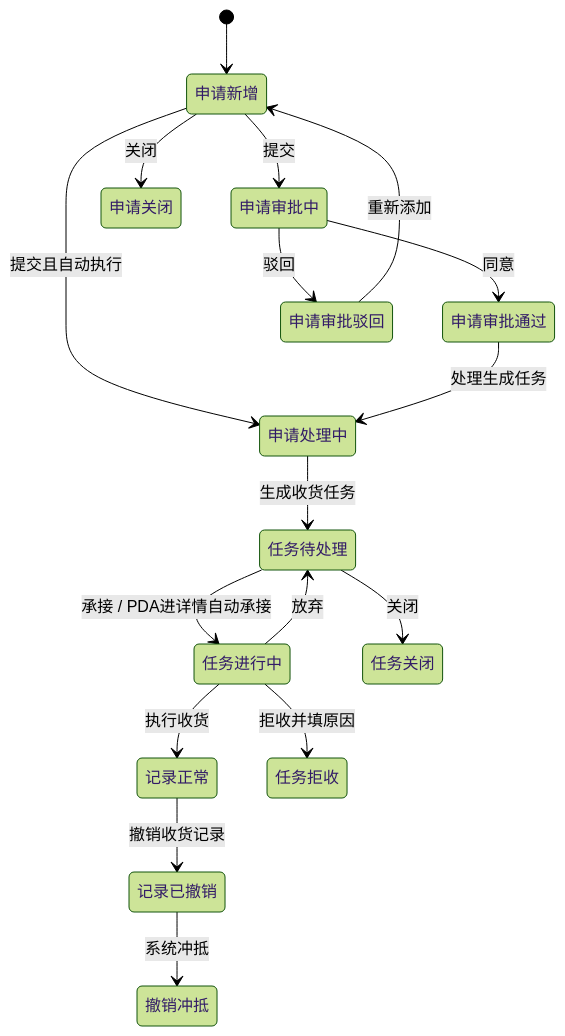
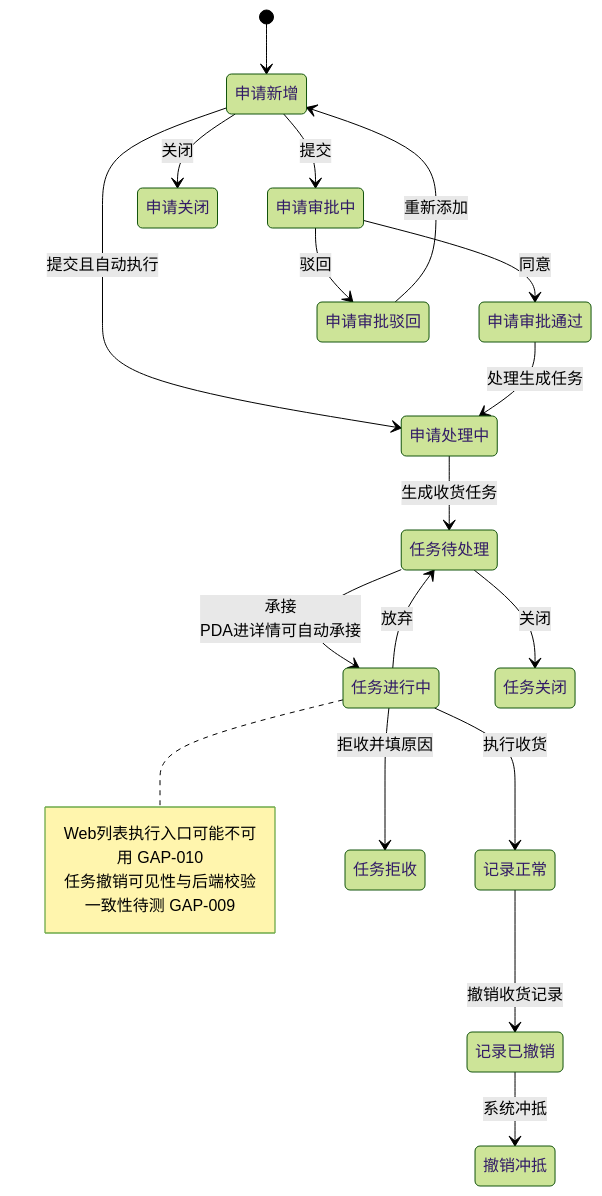
One commit to jiargcn/MomProductDocument changed the second of 4 diagrams in docs/05-WMS-库房管理/03-采购收货/index.md. Above: the diagram before and after it, drawn with Mermaid (forest theme). The commit also changed other lines of this file and 239 other files, not shown here.

````diff
--- a/docs/05-WMS-库房管理/03-采购收货/index.md
+++ b/docs/05-WMS-库房管理/03-采购收货/index.md
@@ -97,19 +119,24 @@
 ```mermaid
 stateDiagram-v2
     [*] --> 申请新增
     申请新增 --> 申请审批中: 提交
     申请新增 --> 申请处理中: 提交且自动执行
     申请审批中 --> 申请审批通过: 同意
     申请审批中 --> 申请审批驳回: 驳回
     申请审批通过 --> 申请处理中: 处理生成任务
     申请处理中 --> 任务待处理: 生成收货任务
-    任务待处理 --> 任务进行中: 承接 / PDA进详情自动承接
+    任务待处理 --> 任务进行中: 承接<br/>PDA进详情可自动承接
     任务进行中 --> 任务待处理: 放弃
     任务进行中 --> 记录正常: 执行收货
     任务进行中 --> 任务拒收: 拒收并填原因
     任务待处理 --> 任务关闭: 关闭
     记录正常 --> 记录已撤销: 撤销收货记录
     记录已撤销 --> 撤销冲抵: 系统冲抵
     申请新增 --> 申请关闭: 关闭
     申请审批驳回 --> 申请新增: 重新添加
+
+    note right of 任务进行中
+      Web列表执行入口可能不可用 GAP-010
+      任务撤销可见性与后端校验一致性待测 GAP-009
+    end note
 ```
````
